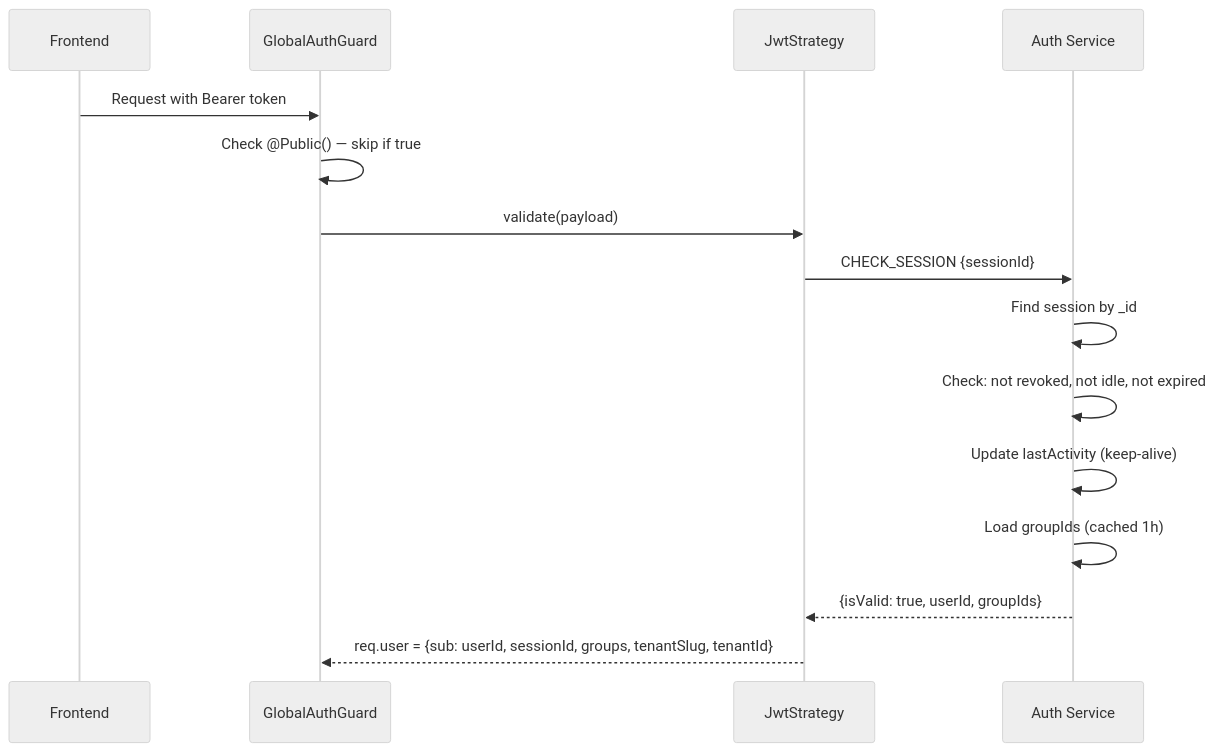
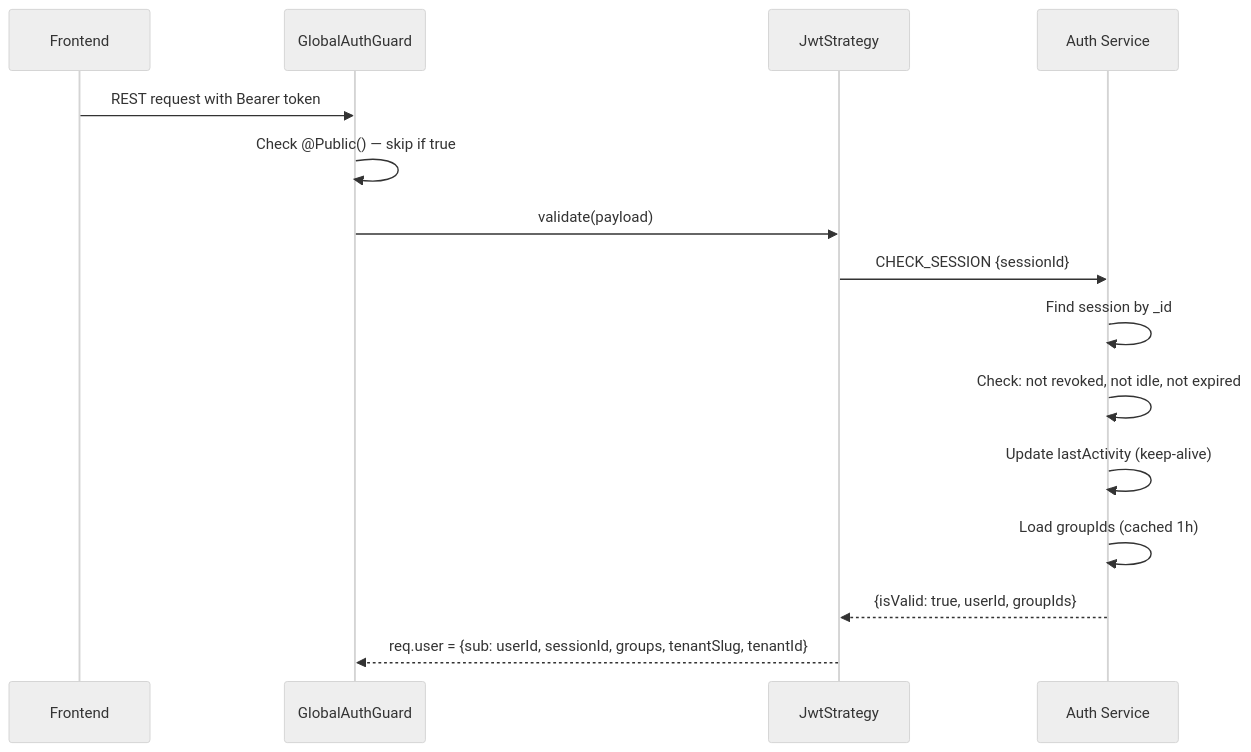
Before and after one commit to CucuProject/cucu-docs: the fourth of 5 diagrams in docs/architecture/auth-flow.md, drawn with Mermaid (neutral theme). The commit also changed other lines of this file and 8 other files, not shown here.

````diff
--- a/docs/architecture/auth-flow.md
+++ b/docs/architecture/auth-flow.md
@@ -126,20 +158,20 @@
 ```mermaid
 sequenceDiagram
     participant FE as Frontend
     participant Guard as GlobalAuthGuard
     participant Jwt as JwtStrategy
     participant Auth as Auth Service
 
-    FE->>Guard: Request with Bearer token
+    FE->>Guard: REST request with Bearer token
     Guard->>Guard: Check @Public() — skip if true
     Guard->>Jwt: validate(payload)
     Jwt->>Auth: CHECK_SESSION {sessionId}
     
     Auth->>Auth: Find session by _id
     Auth->>Auth: Check: not revoked, not idle, not expired
     Auth->>Auth: Update lastActivity (keep-alive)
     Auth->>Auth: Load groupIds (cached 1h)
     Auth-->>Jwt: {isValid: true, userId, groupIds}
     
     Jwt-->>Guard: req.user = {sub: userId, sessionId, groups, tenantSlug, tenantId}
 ```
````
